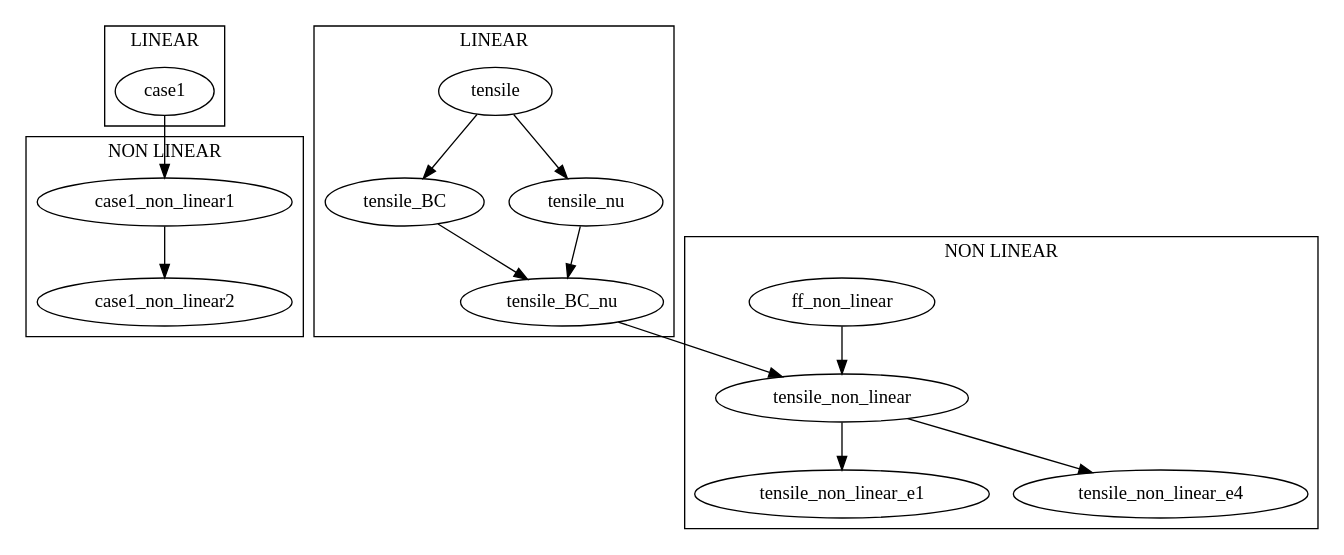
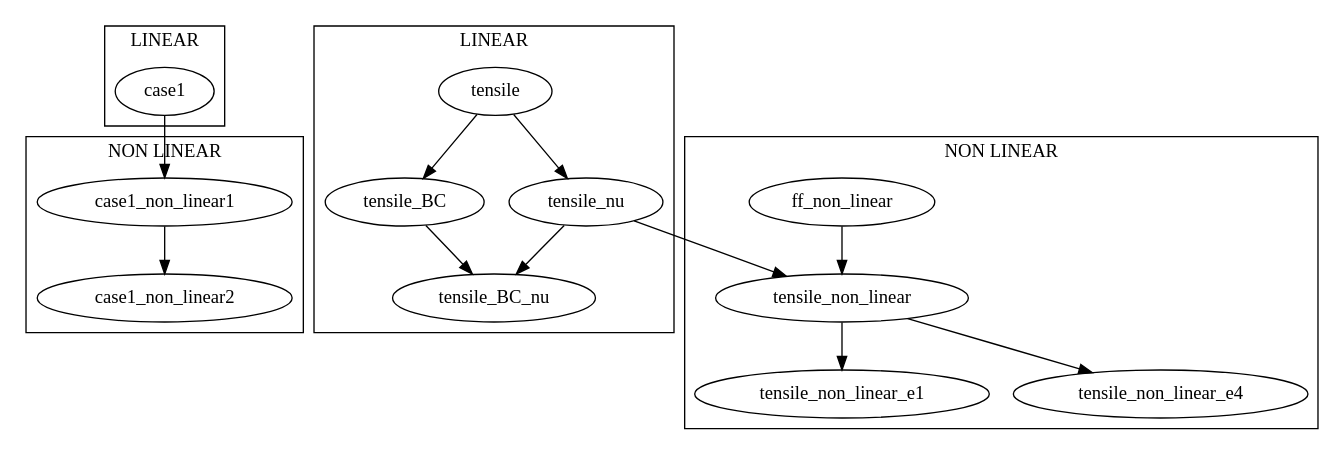
One commit to ManfredNesti/lattice_materials changed the diagram in graph.dot. Above: the diagram before and after it, drawn with Graphviz. The commit also changed 1 other file, not shown here.

```diff
--- a/graph.dot
+++ b/graph.dot
@@ -1,24 +1,24 @@
 digraph G {
   subgraph cluster_case1_linear {
   label="LINEAR"
   case1
   }
 
   subgraph cluster_case1_non_linear {
   label="NON LINEAR"
   case1 -> case1_non_linear1 -> case1_non_linear2;
   }
 
   subgraph cluster_linear {
     label="LINEAR"
     tensile -> tensile_BC -> tensile_BC_nu;
     tensile -> tensile_nu -> tensile_BC_nu;
   }
 
   subgraph cluster_non_linear {
     label="NON LINEAR"
-    tensile_BC_nu -> tensile_non_linear;
+    tensile_nu -> tensile_non_linear;
     ff_non_linear -> tensile_non_linear -> tensile_non_linear_e1;
     tensile_non_linear -> tensile_non_linear_e4;
   }
 }
```
